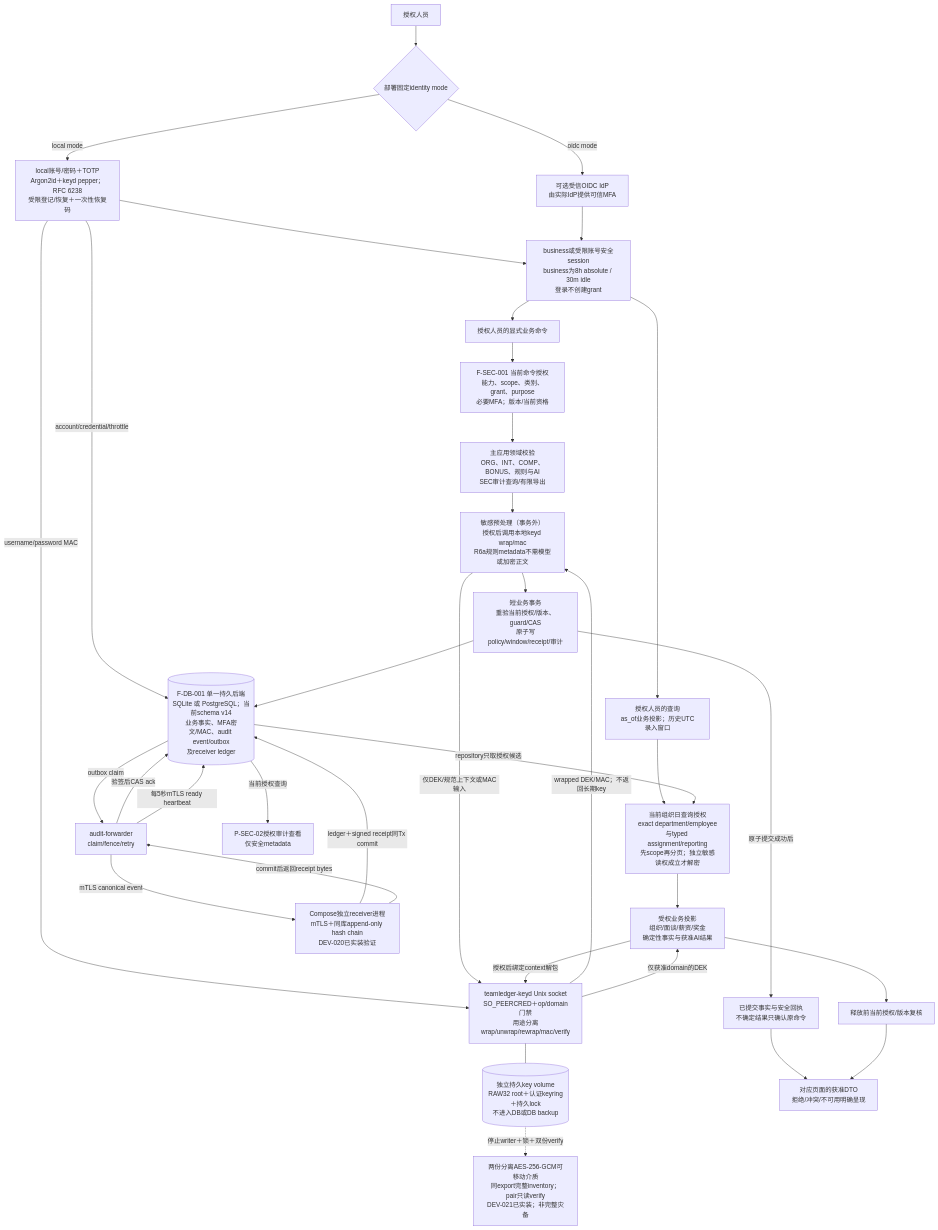
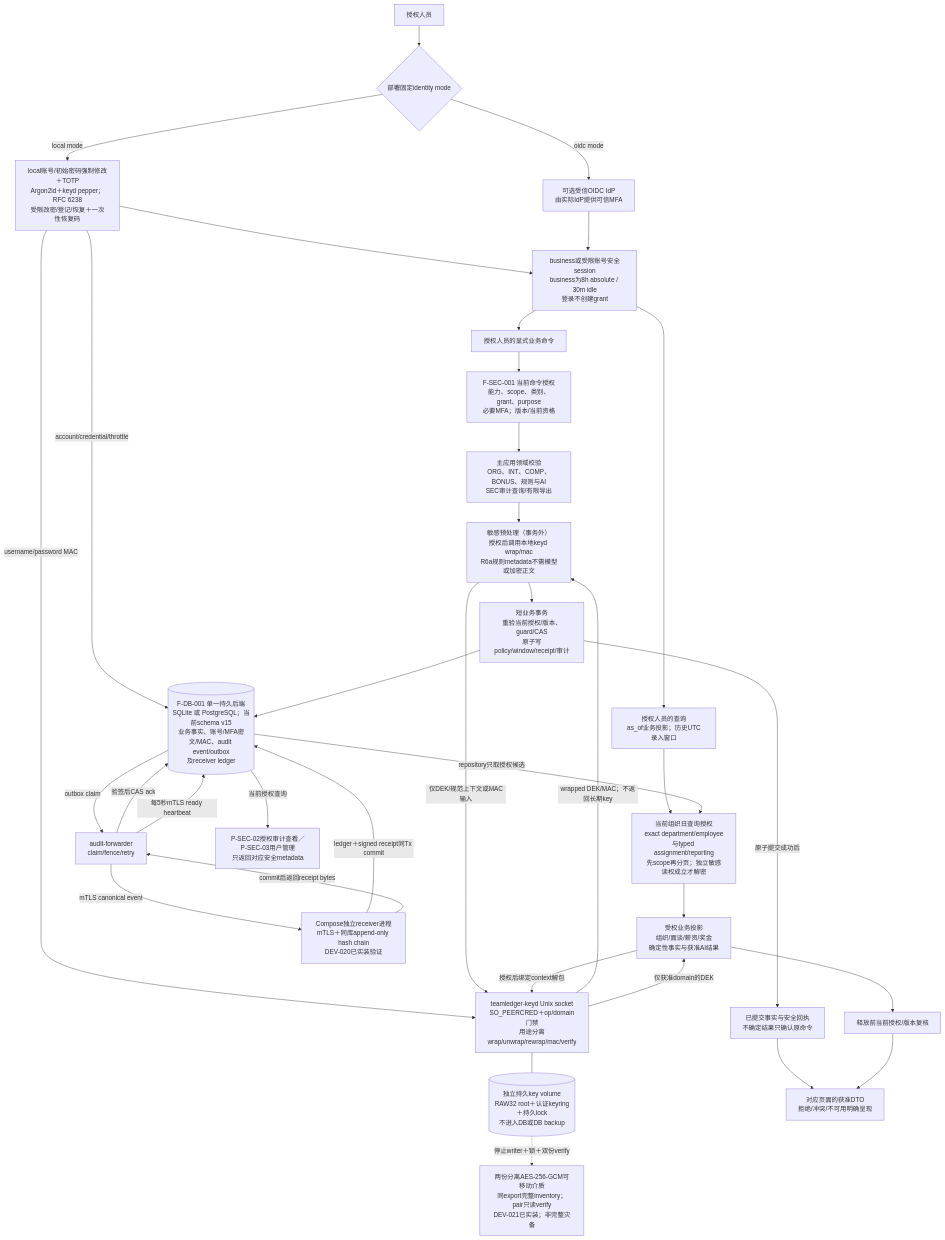
One commit to r404r/team-ledger-pub changed the second of 13 diagrams in docs/FUNCTIONAL_SPEC.md. Above: the diagram before and after it, drawn with Mermaid. The commit also changed other lines of this file and 16 other files, not shown here.

````diff
--- a/docs/FUNCTIONAL_SPEC.md
+++ b/docs/FUNCTIONAL_SPEC.md
@@ -53,52 +53,52 @@
 ```mermaid
 flowchart TB
     person["授权人员"]
     identity{"部署固定identity mode"}
-    local["local账号/密码＋TOTP<br/>Argon2id＋keyd pepper；RFC 6238<br/>受限登记/恢复＋一次性恢复码"]
+    local["local账号/初始密码强制修改＋TOTP<br/>Argon2id＋keyd pepper；RFC 6238<br/>受限改密/登记/恢复＋一次性恢复码"]
     oidc["可选受信OIDC IdP<br/>由实际IdP提供可信MFA"]
     session["business或受限账号安全session<br/>business为8h absolute / 30m idle<br/>登录不创建grant"]
     command["授权人员的显式业务命令"]
     gate["F-SEC-001 当前命令授权<br/>能力、scope、类别、grant、purpose<br/>必要MFA；版本/当前资格"]
     domain["主应用领域校验<br/>ORG、INT、COMP、BONUS、规则与AI<br/>SEC审计查询/有限导出"]
     prepare["敏感预处理（事务外）<br/>授权后调用本地keyd wrap/mac<br/>R6a规则metadata不需模型或加密正文"]
     keyd["teamledger-keyd Unix socket<br/>SO_PEERCRED＋op/domain门禁<br/>用途分离wrap/unwrap/rewrap/mac/verify"]
     keyfiles[("独立持久key volume<br/>RAW32 root＋认证keyring＋持久lock<br/>不进入DB或DB backup")]
     offline["两份分离AES-256-GCM可移动介质<br/>同export完整inventory；pair只读verify<br/>DEV-021已实装；非完整灾备"]
     tx["短业务事务<br/>重验当前授权/版本、guard/CAS<br/>原子写policy/window/receipt/审计"]
-    store[("F-DB-001 单一持久后端<br/>SQLite 或 PostgreSQL；当前schema v14<br/>业务事实、MFA密文/MAC、audit event/outbox<br/>及receiver ledger")]
+    store[("F-DB-001 单一持久后端<br/>SQLite 或 PostgreSQL；当前schema v15<br/>业务事实、账号/MFA密文/MAC、audit event/outbox<br/>及receiver ledger")]
     receipt["已提交事实与安全回执<br/>不确定结果只确认原命令"]
     query["授权人员的查询<br/>as_of业务投影；历史UTC录入窗口"]
     readgate["当前组织日查询授权<br/>exact department/employee与typed assignment/reporting<br/>先scope再分页；独立敏感读权成立才解密"]
     projection["受权业务投影<br/>组织/面谈/薪资/奖金<br/>确定性事实与获准AI结果"]
     release["释放前当前授权/版本复核"]
     view["对应页面的获准DTO<br/>拒绝/冲突/不可用明确呈现"]
     forwarder["audit-forwarder<br/>claim/fence/retry"]
     receiver["Compose独立receiver进程<br/>mTLS＋同库append-only hash chain<br/>DEV-020已实装验证"]
-    audit["P-SEC-02授权审计查看<br/>仅安全metadata"]
+    audit["P-SEC-02授权审计查看／P-SEC-03用户管理<br/>只返回对应安全metadata"]
 
     person --> identity
     identity -->|"local mode"| local --> session
     identity -->|"oidc mode"| oidc --> session
     local -->|"username/password MAC"| keyd
     local -->|"account/credential/throttle"| store
     session --> command
     session --> query
     command --> gate --> domain --> prepare --> tx --> store
     prepare -->|"仅DEK/规范上下文或MAC输入"| keyd
     keyd -->|"wrapped DEK/MAC；不返回长期key"| prepare
     keyd --- keyfiles
     keyfiles -.->|"停止writer＋锁＋双份verify"| offline
     tx -->|"原子提交成功后"| receipt --> view
     query --> readgate
     store -->|"repository只取授权候选"| readgate
     readgate --> projection --> release --> view
     projection -->|"授权后绑定context解包"| keyd
     keyd -->|"仅获准domain的DEK"| projection
     store -->|"outbox claim"| forwarder
     forwarder -->|"mTLS canonical event"| receiver
     receiver -->|"ledger＋signed receipt同Tx commit"| store
     receiver -->|"commit后返回receipt bytes"| forwarder
     forwarder -->|"验签后CAS ack"| store
     forwarder -->|"每5秒mTLS ready heartbeat"| store
     store -->|"当前授权查询"| audit
 ```
````
